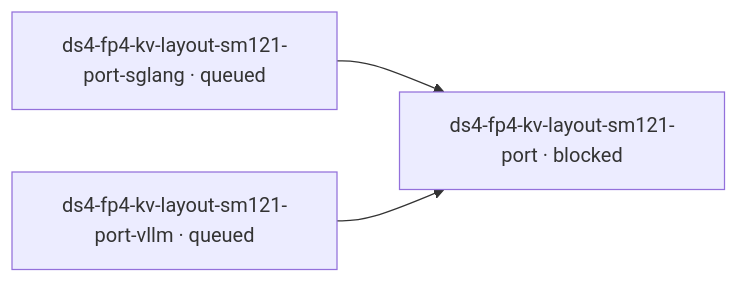
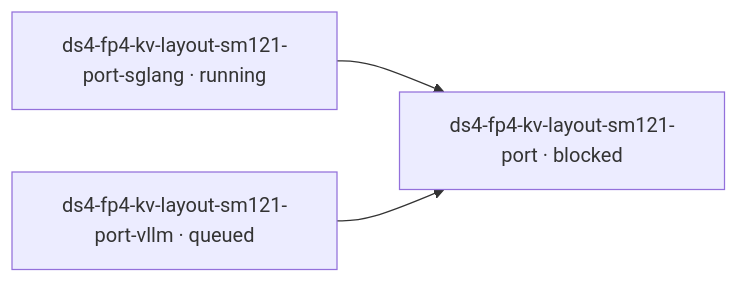
Before and after one commit to littlecedar/sparkrun-recipe-registry: the diagram in mad-science/STATUS.md, drawn with Mermaid. The commit also changed other lines of this file, not shown here.

````diff
--- a/mad-science/STATUS.md
+++ b/mad-science/STATUS.md
@@ -21,10 +22,10 @@
 ```mermaid
 flowchart LR
-  %% 7 blocked, 2 edges, 6 prose-gated, 0 question-gated, 0 question, 11 rows not drawn (--all)
+  %% 4 blocked, 2 edges, 3 prose-gated, 0 question-gated, 0 question, 7 rows not drawn (--all)
   t1["ds4-fp4-kv-layout-sm121-port · blocked"]
-  t2["ds4-fp4-kv-layout-sm121-port-sglang · queued"]
+  t2["ds4-fp4-kv-layout-sm121-port-sglang · running"]
   t3["ds4-fp4-kv-layout-sm121-port-vllm · queued"]
   t2 --> t1
   t3 --> t1
   classDef no-recorded-edge stroke-dasharray: 4 3
 ```
````
